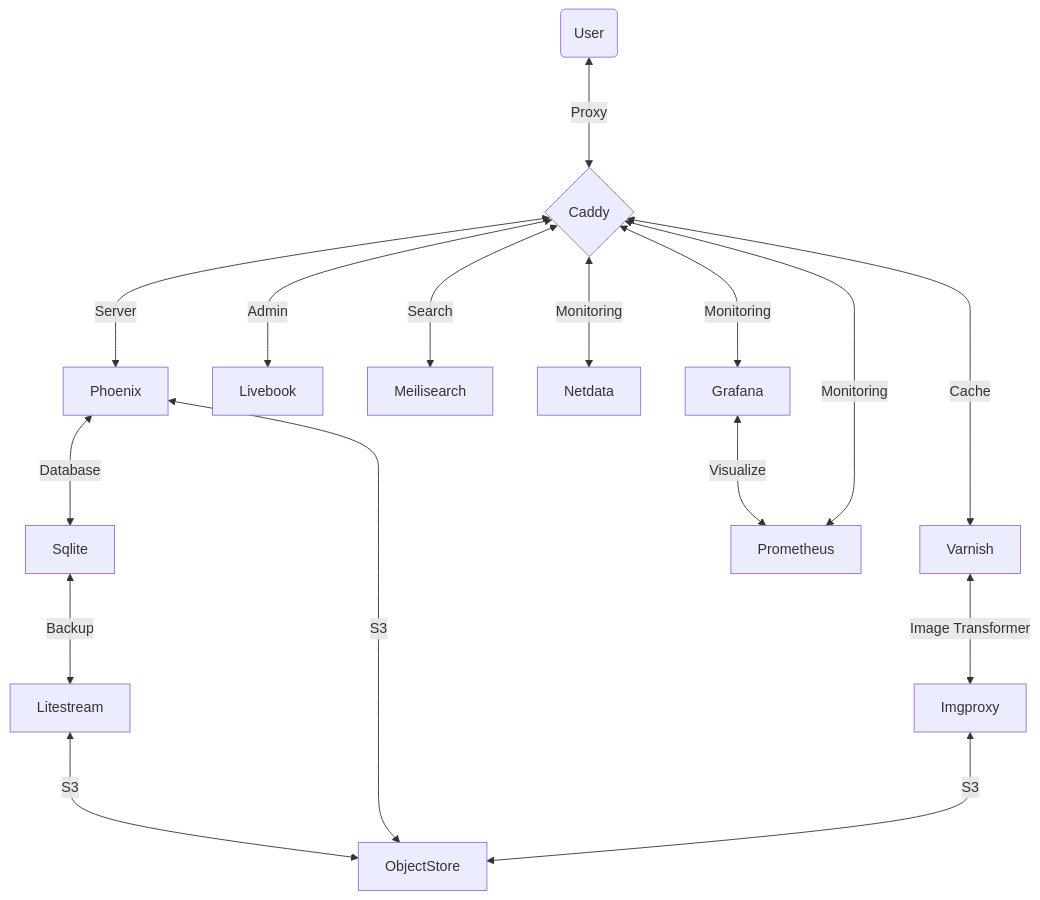
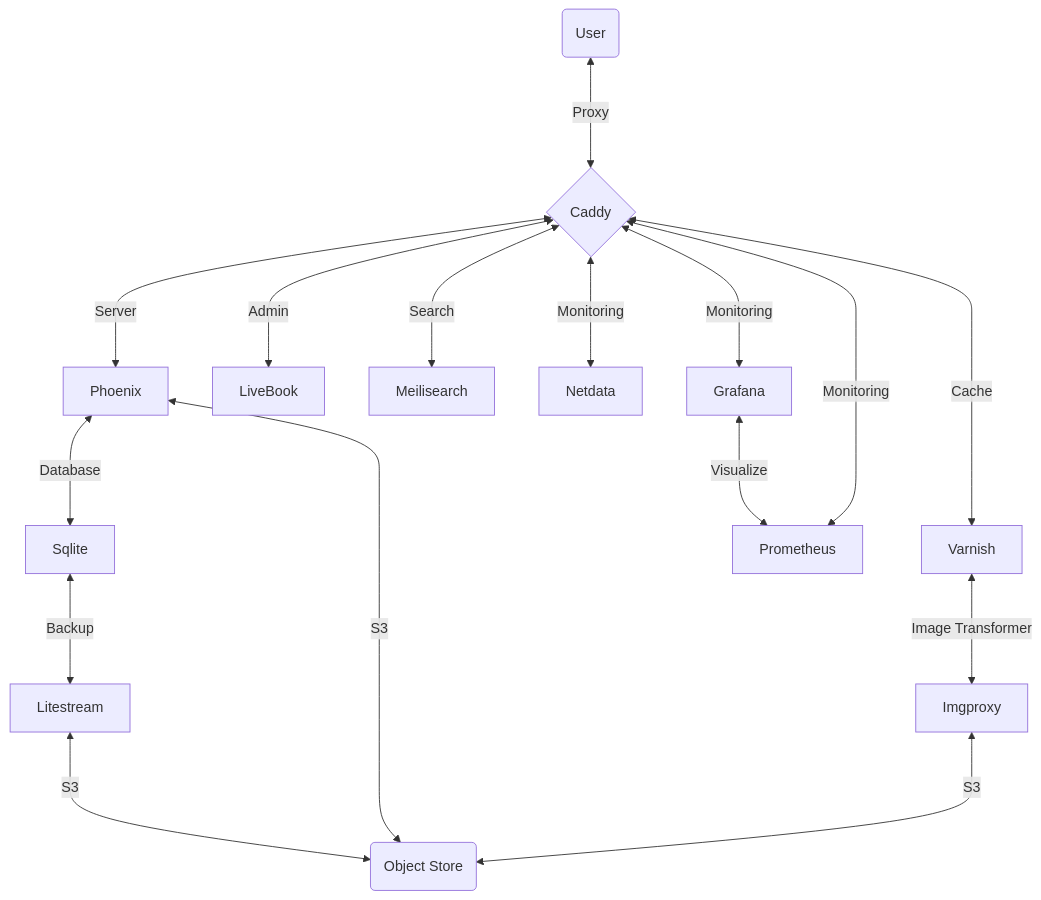
Before and after one commit to derpycoder/derpy_tools: the diagram in README.md, drawn with Mermaid. The commit also changed 1 other file, not shown here.

Commit message:
Architecture Diagram updated.

````diff
--- a/README.md
+++ b/README.md
@@ -36,26 +36,25 @@
 ```mermaid
 graph TD
 
 U(User) <---> |Proxy| C{Caddy}
+C{Caddy} <---> |Server| Phoenix
 
-C{Caddy} <---> |Server| Phoenix
 Phoenix <---> |Database| Sqlite
+Phoenix <---> |S3| S3(Object Store)
 
 Sqlite <---> |Backup| Litestream
+Litestream <---> |S3| S3(Object Store)
 
-Phoenix <---> |S3| ObjectStore
-Litestream <---> |S3| ObjectStore
-Imgproxy <---> |S3| ObjectStore
-
-C{Caddy} <---> |Admin| Livebook
+C{Caddy} <---> |Admin| LiveBook
 C{Caddy} <---> |Search| Meilisearch
 
 C{Caddy} <---> |Monitoring| Netdata
 
 C{Caddy} <---> |Monitoring| Grafana
 C{Caddy} <---> |Monitoring| Prometheus
 Grafana <---> |Visualize| Prometheus
 
 C{Caddy} <---> |Cache| Varnish
 Varnish <---> |Image Transformer| Imgproxy
+Imgproxy <---> |S3| S3(Object Store)
 ```
````
